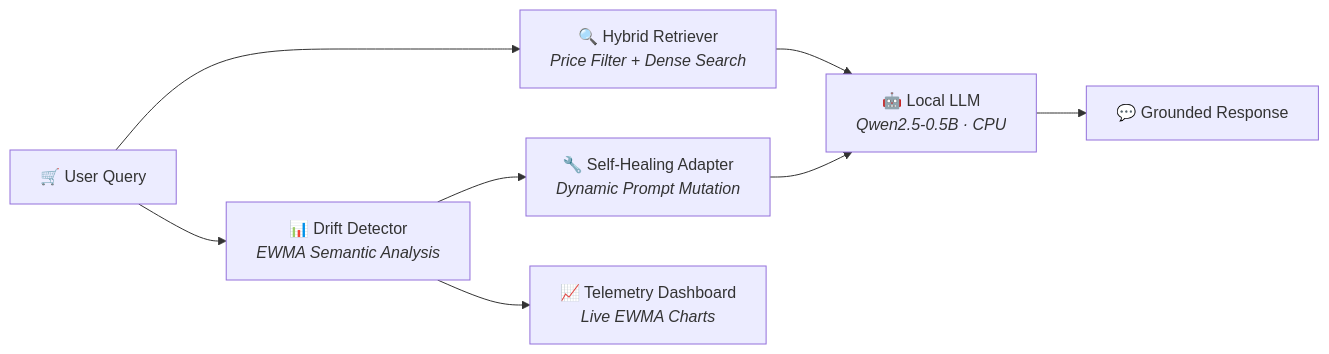
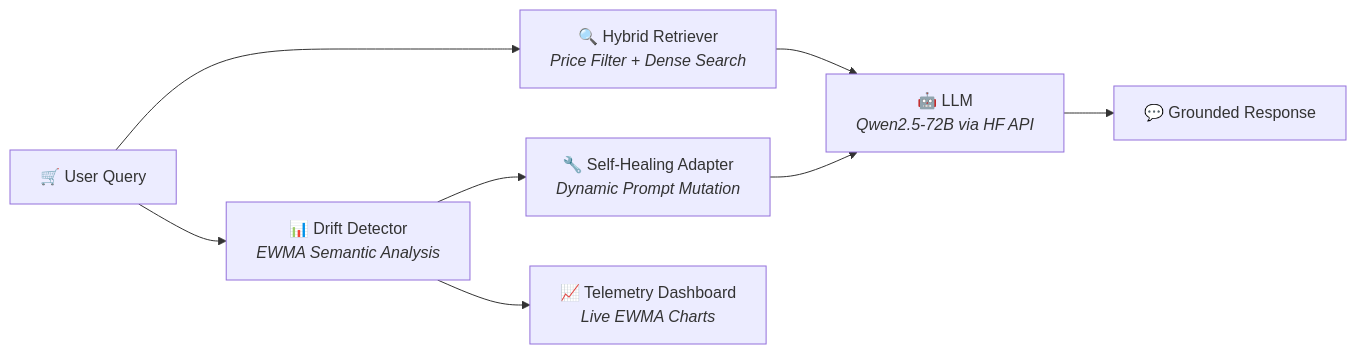
The diagram in README.md (hodfa840/-RetailMind-Self-Healing-LLM-for-Store-Intelligence), drawn with Mermaid before and after one commit. The commit also changed other lines of this file, not shown here.

````diff
--- a/README.md
+++ b/README.md
@@ -49,10 +54,10 @@
 ```mermaid
 graph LR
     A["🛒 User Query"] --> B["📊 Drift Detector<br/><i>EWMA Semantic Analysis</i>"]
     A --> C["🔍 Hybrid Retriever<br/><i>Price Filter + Dense Search</i>"]
     B --> D["🔧 Self-Healing Adapter<br/><i>Dynamic Prompt Mutation</i>"]
-    C --> E["🤖 Local LLM<br/><i>Qwen2.5-0.5B · CPU</i>"]
+    C --> E["🤖 LLM<br/><i>Qwen2.5-72B via HF API</i>"]
     D --> E
     E --> F["💬 Grounded Response"]
     B --> G["📈 Telemetry Dashboard<br/><i>Live EWMA Charts</i>"]
 ```
````
